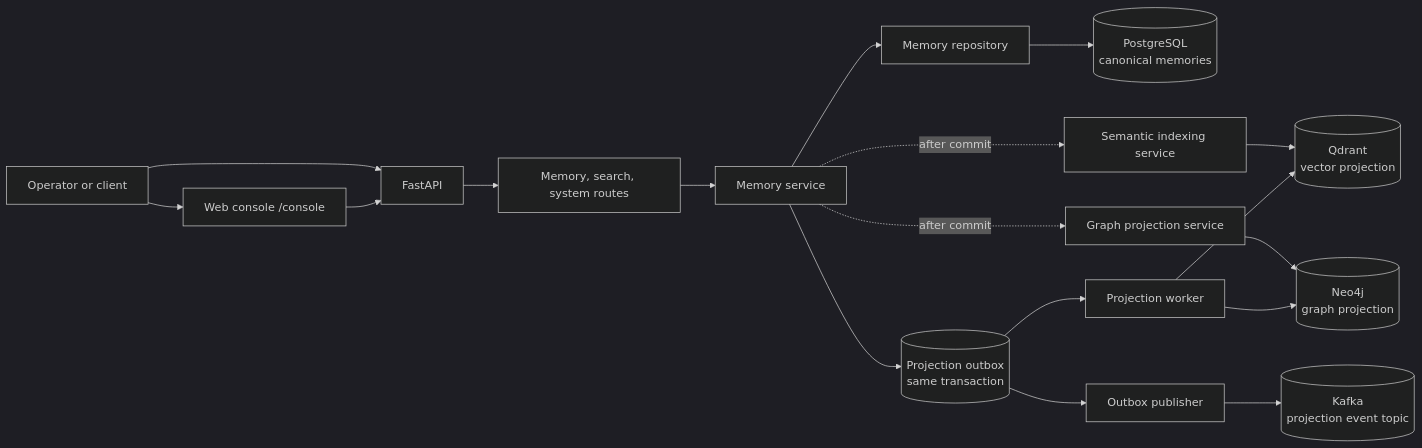
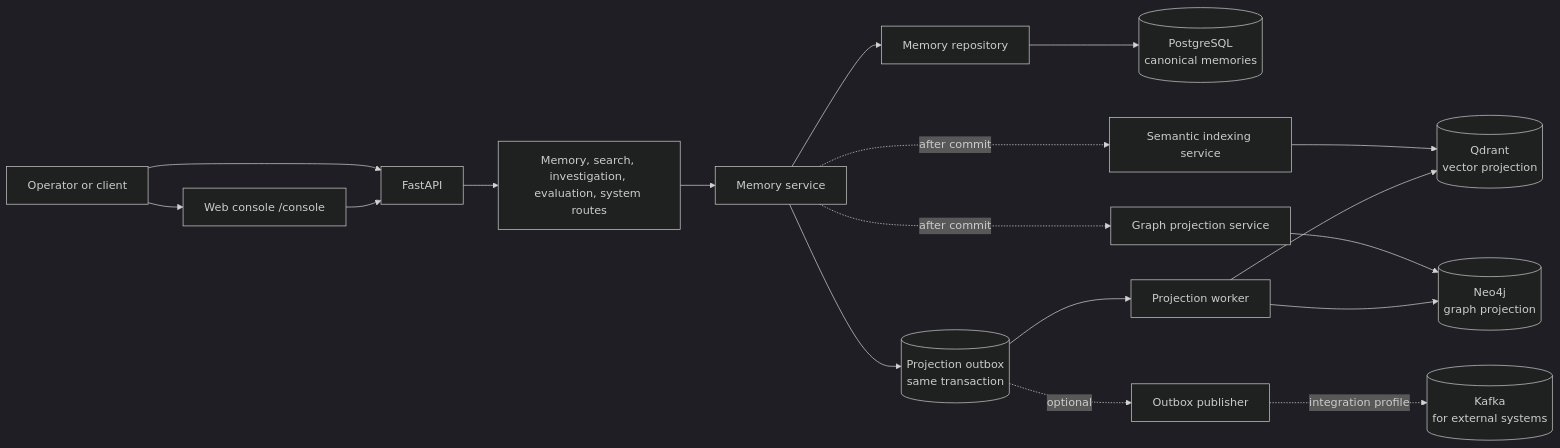
Before and after one commit to Uzu-mak/AegisOps-AI-Multimodal-Enterprise-GraphRAG-Reliability-Platform: the first of 4 diagrams in README.md, drawn with Mermaid (dark theme). The commit also changed other lines of this file and 64 other files, not shown here.

````diff
--- a/README.md
+++ b/README.md
@@ -27,23 +30,23 @@
 ```mermaid
 flowchart LR
     Operator[Operator or client] --> UI[Web console /console]
     Operator --> API[FastAPI]
     UI --> API
 
-    API --> Routes[Memory, search, system routes]
+    API --> Routes[Memory, search, investigation, evaluation, system routes]
     Routes --> Service[Memory service]
     Service --> Repo[Memory repository]
     Repo --> PG[(PostgreSQL\ncanonical memories)]
     Service --> Outbox[(Projection outbox\nsame transaction)]
 
     Service -. after commit .-> Semantic[Semantic indexing service]
     Semantic --> Qdrant[(Qdrant\nvector projection)]
     Service -. after commit .-> Graph[Graph projection service]
     Graph --> Neo4j[(Neo4j\ngraph projection)]
 
     Outbox --> Worker[Projection worker]
     Worker --> Qdrant
     Worker --> Neo4j
-    Outbox --> Publisher[Outbox publisher]
-    Publisher --> Kafka[(Kafka\nprojection event topic)]
+    Outbox -. optional .-> Publisher[Outbox publisher]
+    Publisher -. integration profile .-> Kafka[(Kafka\nfor external systems)]
 ```
````
